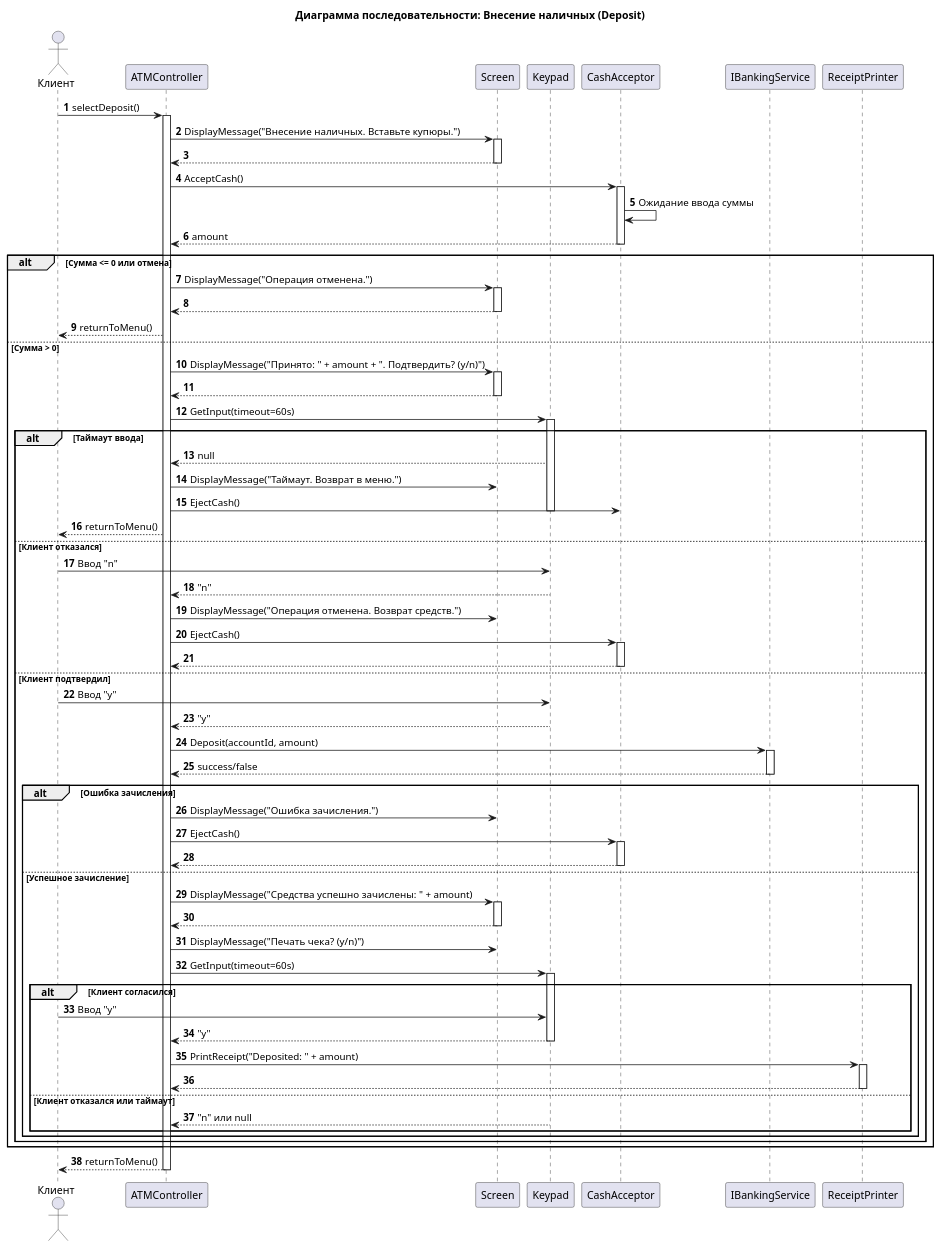
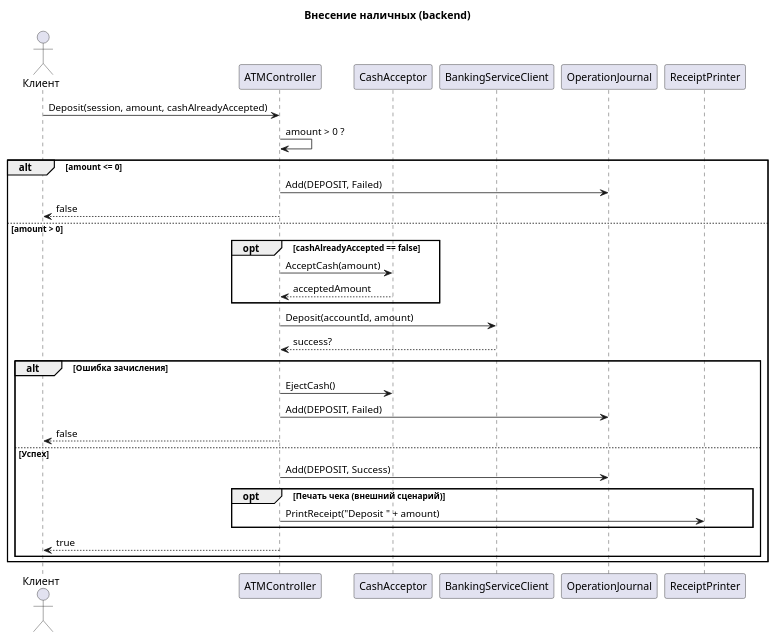
One commit to penamarth/bsbo-16-23_team5_var1_atm changed the diagram in Прецеденты/Внесение наличных/sequence_diagram.puml. Above: the diagram before and after it, drawn with PlantUML. The commit also changed 22 other files, not shown here.

```diff
--- a/Прецеденты/Внесение наличных/sequence_diagram.puml
+++ b/Прецеденты/Внесение наличных/sequence_diagram.puml
@@ -1,107 +1,36 @@
 @startuml
-title Диаграмма последовательности: Внесение наличных (Deposit)
-autonumber
+title Внесение наличных (backend)
+actor Клиент as Client
+participant ATMController as Controller
+participant CashAcceptor as Acceptor
+participant BankingServiceClient as Banking
+participant OperationJournal as Journal
+participant ReceiptPrinter as Printer
 
-actor "Клиент" as Customer
-participant "ATMController" as Controller
-participant "Screen" as Screen
-participant "Keypad" as Keypad
-participant "CashAcceptor" as Acceptor
-participant "IBankingService" as Banking
-participant "ReceiptPrinter" as Printer
+Client -> Controller: Deposit(session, amount, cashAlreadyAccepted)
+Controller -> Controller: amount > 0 ?
+alt amount <= 0
+    Controller -> Journal: Add(DEPOSIT, Failed)
+    Controller --> Client: false
+else amount > 0
+    opt cashAlreadyAccepted == false
+        Controller -> Acceptor: AcceptCash(amount)
+        Acceptor --> Controller: acceptedAmount
+    end
 
-' --- Предусловие: Клиент аутентифицирован ---
+    Controller -> Banking: Deposit(accountId, amount)
+    Banking --> Controller: success?
 
-Customer -> Controller: selectDeposit()
-activate Controller
-
-' --- Основной поток: Внесение наличных ---
-Controller -> Screen: DisplayMessage("Внесение наличных. Вставьте купюры.")
-activate Screen
-Screen --> Controller:
-deactivate Screen
-
-Controller -> Acceptor: AcceptCash()
-activate Acceptor
-Acceptor -> Acceptor: Ожидание ввода суммы
-Acceptor --> Controller: amount
-deactivate Acceptor
-
-alt Сумма <= 0 или отмена
-    Controller -> Screen: DisplayMessage("Операция отменена.")
-    activate Screen
-    Screen --> Controller:
-    deactivate Screen
-    Controller --> Customer: returnToMenu()
-else Сумма > 0
-    Controller -> Screen: DisplayMessage("Принято: " + amount + ". Подтвердить? (y/n)")
-    activate Screen
-    Screen --> Controller:
-    deactivate Screen
-    
-    Controller -> Keypad: GetInput(timeout=60s)
-    activate Keypad
-    
-    alt Таймаут ввода
-        Keypad --> Controller: null
-        Controller -> Screen: DisplayMessage("Таймаут. Возврат в меню.")
+    alt Ошибка зачисления
         Controller -> Acceptor: EjectCash()
-        deactivate Keypad
-        Controller --> Customer: returnToMenu()
-    else Клиент отказался
-        Customer -> Keypad: Ввод "n"
-        Keypad --> Controller: "n"
-        deactivate Keypad
-        Controller -> Screen: DisplayMessage("Операция отменена. Возврат средств.")
-        Controller -> Acceptor: EjectCash()
-        activate Acceptor
-        Acceptor --> Controller
-        deactivate Acceptor
-    else Клиент подтвердил
-        Customer -> Keypad: Ввод "y"
-        Keypad --> Controller: "y"
-        deactivate Keypad
-        
-        Controller -> Banking: Deposit(accountId, amount)
-        activate Banking
-        Banking --> Controller: success/false
-        deactivate Banking
-        
-        alt Ошибка зачисления
-            Controller -> Screen: DisplayMessage("Ошибка зачисления.")
-            Controller -> Acceptor: EjectCash()
-            activate Acceptor
-            Acceptor --> Controller
-            deactivate Acceptor
-        else Успешное зачисление
-            Controller -> Screen: DisplayMessage("Средства успешно зачислены: " + amount)
-            activate Screen
-            Screen --> Controller:
-            deactivate Screen
-            
-            ' --- Предложение печати чека ---
-            Controller -> Screen: DisplayMessage("Печать чека? (y/n)")
-            Controller -> Keypad: GetInput(timeout=60s)
-            activate Keypad
-            
-            alt Клиент согласился
-                Customer -> Keypad: Ввод "y"
-                Keypad --> Controller: "y"
-                deactivate Keypad
-                
-                Controller -> Printer: PrintReceipt("Deposited: " + amount)
-                activate Printer
-                Printer --> Controller
-                deactivate Printer
-            else Клиент отказался или таймаут
-                Keypad --> Controller: "n" или null
-                deactivate Keypad
-            end
+        Controller -> Journal: Add(DEPOSIT, Failed)
+        Controller --> Client: false
+    else Успех
+        Controller -> Journal: Add(DEPOSIT, Success)
+        opt Печать чека (внешний сценарий)
+            Controller -> Printer: PrintReceipt("Deposit " + amount)
         end
+        Controller --> Client: true
     end
 end
-
-Controller --> Customer: returnToMenu()
-deactivate Controller
-
 @enduml
```
